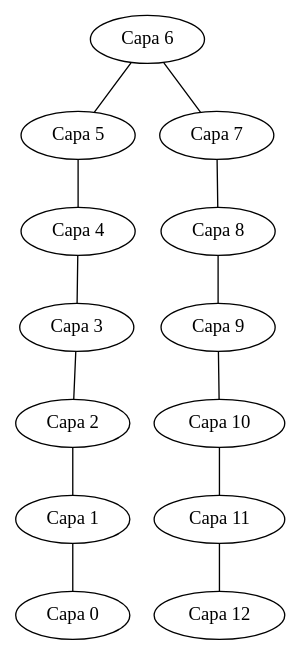
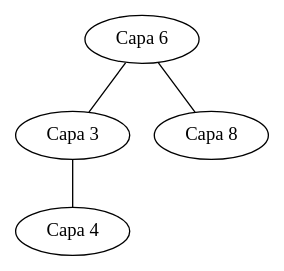
Before and after one commit to C-FernandoSazo/EDD_PROYECTOF2_202202906: the diagram in dot/arbolCapas.dot, drawn with Graphviz. The commit also changed 5 other files, not shown here.

```diff
--- a/dot/arbolCapas.dot
+++ b/dot/arbolCapas.dot
@@ -1,27 +1,9 @@
  graph capas {
 "Capa6" [label="Capa 6"]
-"Capa6" -- "Capa5"
-"Capa5" [label="Capa 5"]
-"Capa5" -- "Capa4"
+"Capa6" -- "Capa3"
+"Capa3" [label="Capa 3"]
+"Capa3" -- "Capa4"
 "Capa4" [label="Capa 4"]
-"Capa4" -- "Capa3"
-"Capa3" [label="Capa 3"]
-"Capa3" -- "Capa2"
-"Capa2" [label="Capa 2"]
-"Capa2" -- "Capa1"
-"Capa1" [label="Capa 1"]
-"Capa1" -- "Capa0"
-"Capa0" [label="Capa 0"]
-"Capa6" -- "Capa7"
-"Capa7" [label="Capa 7"]
-"Capa7" -- "Capa8"
+"Capa6" -- "Capa8"
 "Capa8" [label="Capa 8"]
-"Capa8" -- "Capa9"
-"Capa9" [label="Capa 9"]
-"Capa9" -- "Capa10"
-"Capa10" [label="Capa 10"]
-"Capa10" -- "Capa11"
-"Capa11" [label="Capa 11"]
-"Capa11" -- "Capa12"
-"Capa12" [label="Capa 12"]
  }
```
